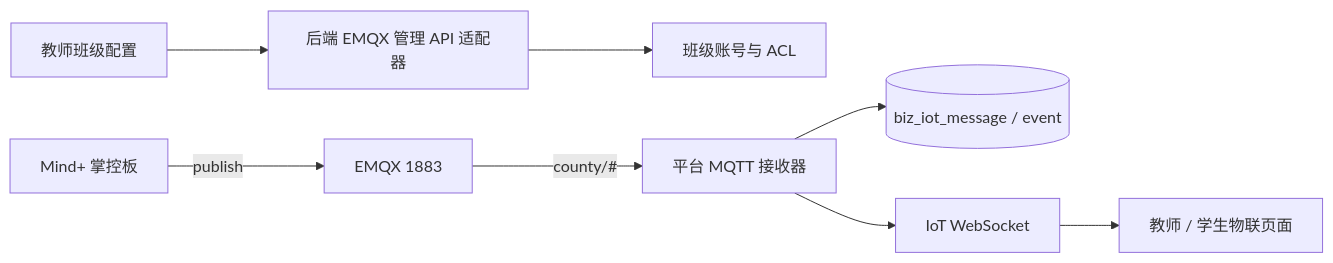
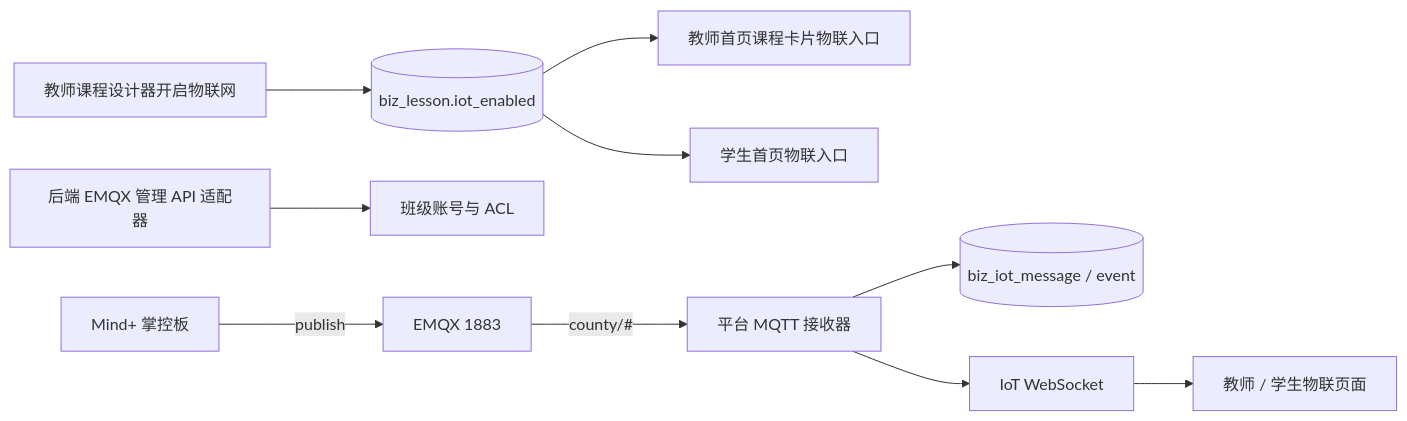
One commit to ErnestWantHappy/newdazi changed the diagram in docs/architecture/INTEGRATIONS.md. Above: the diagram before and after it, drawn with Mermaid. The commit also changed other lines of this file and 97 other files, not shown here.

````diff
--- a/docs/architecture/INTEGRATIONS.md
+++ b/docs/architecture/INTEGRATIONS.md
@@ -19,10 +19,12 @@
 ```mermaid
 flowchart LR
-    T[教师班级配置] --> A[后端 EMQX 管理 API 适配器]
-    A --> C[班级账号与 ACL]
+    T[教师课程设计器开启物联网] --> L[(biz_lesson.iot_enabled)]
+    L --> E[教师首页课程卡片物联入口]
+    L --> S[学生首页物联入口]
+    A[后端 EMQX 管理 API 适配器] --> C[班级账号与 ACL]
     D[Mind+ 掌控板] -->|publish| B[EMQX 1883]
     B -->|county/#| R[平台 MQTT 接收器]
     R --> M[(biz_iot_message / event)]
     R --> W[IoT WebSocket]
     W --> V[教师 / 学生物联页面]
 ```
````
